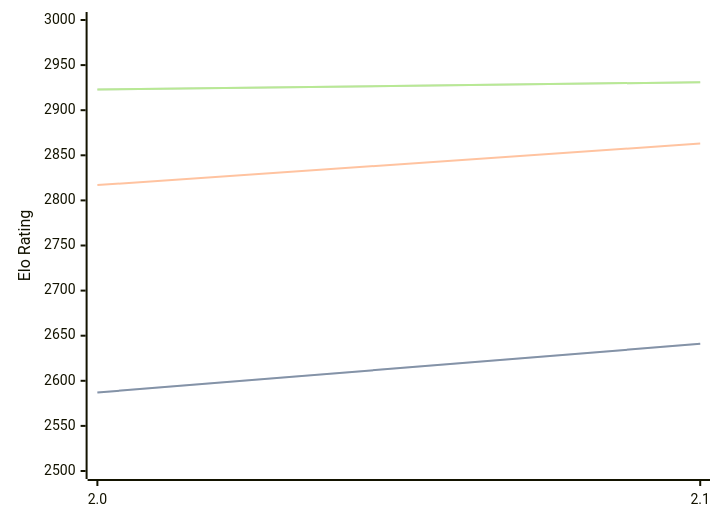
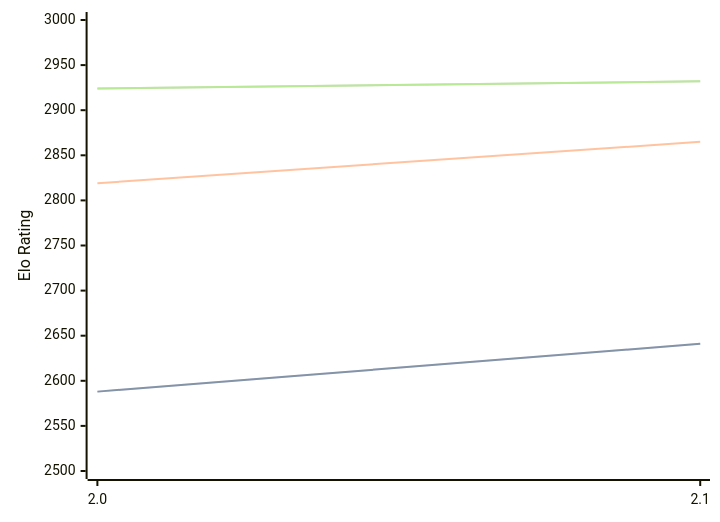
Before and after one commit to computer-chess-index/cci: the diagram in engines/Noggin.md, drawn with Mermaid. The commit also changed other lines of this file, not shown here.

Commit message:
Update CCI Ratings (ELO VLTC) - 2026-08-15

````diff
--- a/engines/Noggin.md
+++ b/engines/Noggin.md
@@ -33,11 +33,11 @@
 ```mermaid
 %%{init: {"theme":"base","themeVariables":{"seriesColors:['#a3a3a3','#222221','#faa371']}}}%%
 xychart-beta
   x-axis ["2.0", "2.1"]
   y-axis "Elo Rating" 2500 --> 3000
-  line "STC (8.0+0.08s)" [2587, 2641]
-  line "STC (8.0+0.08s)" [2587, 2641]
-  line "LTC (60.0+0.60s)" [2817, 2863]
-  line "VLTC (2m24s+1.12s)" [2923, 2931]
-  line "VLTC (2m24s+1.12s)" [2923, 2931]
+  line "STC (8.0+0.08s)" [2588, 2641]
+  line "STC (8.0+0.08s)" [2588, 2641]
+  line "LTC (60.0+0.60s)" [2819, 2865]
+  line "VLTC (2m24s+1.12s)" [2924, 2932]
+  line "VLTC (2m24s+1.12s)" [2924, 2932]
 ```
````
